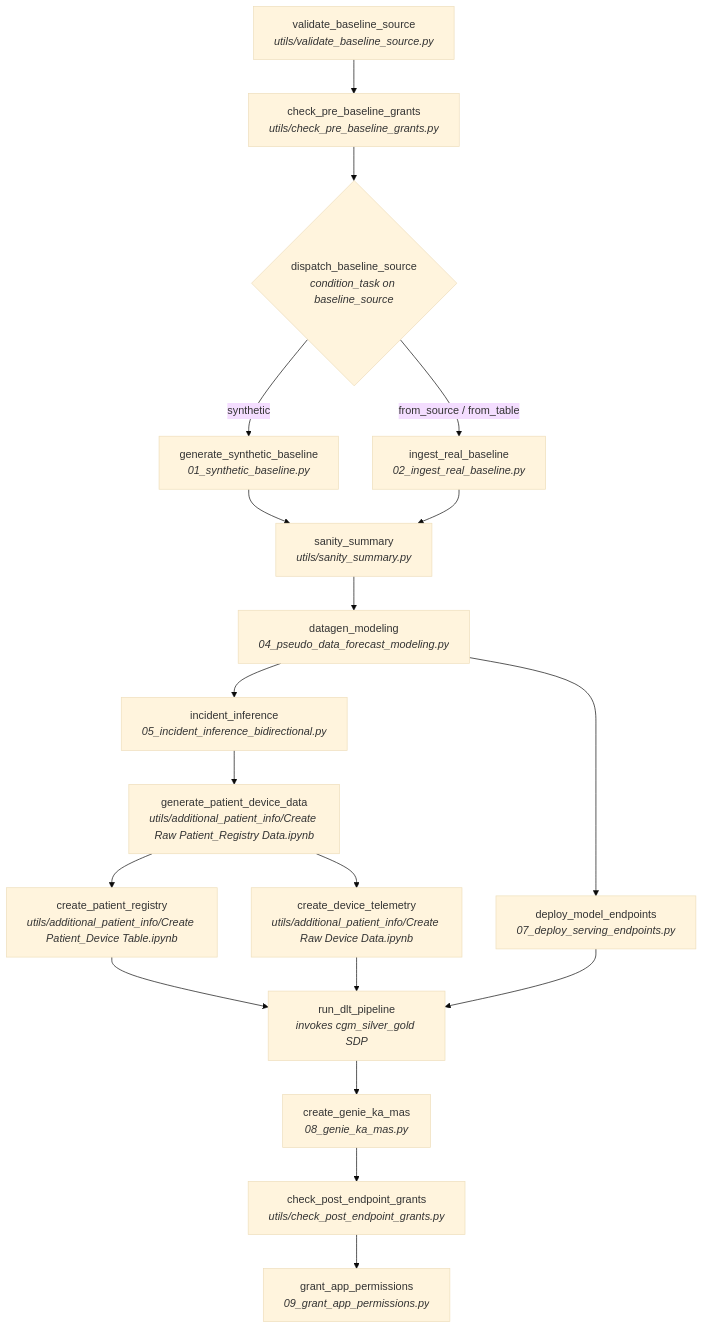
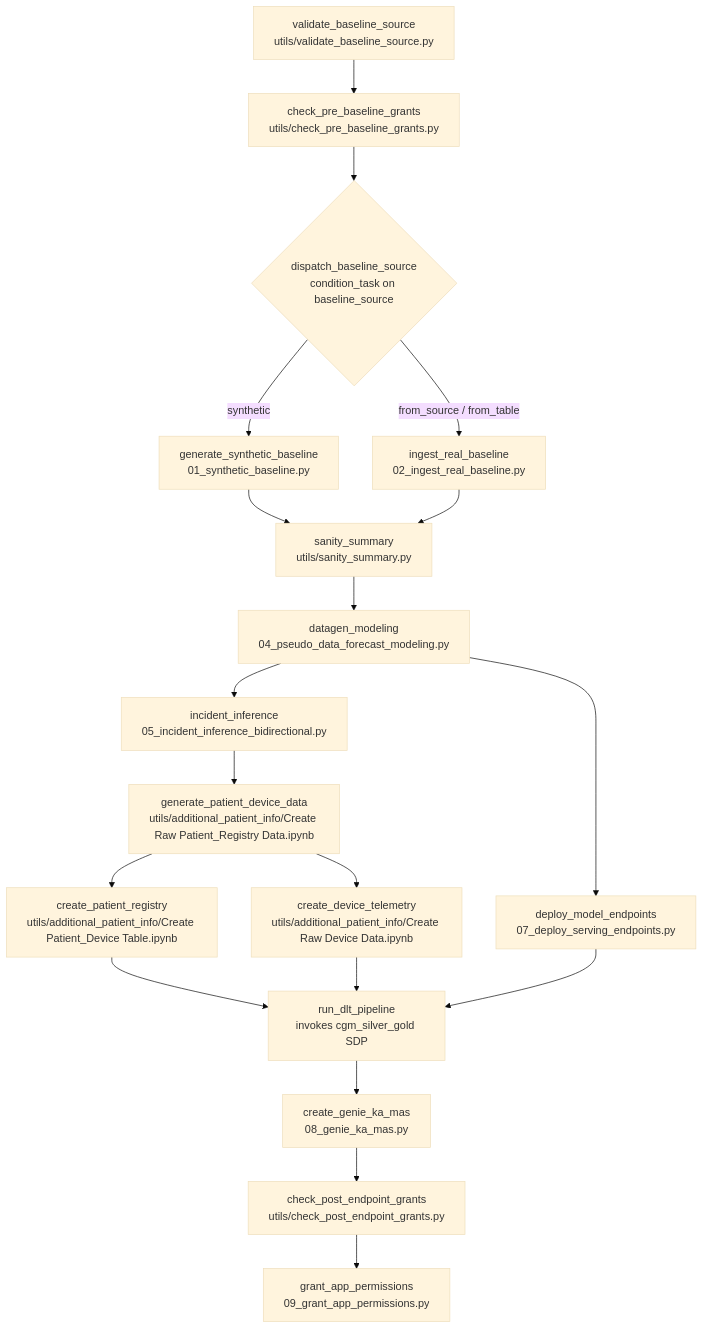
The diagram in REPO_LAYOUT.md (databricks-industry-solutions/glucosphere), drawn with Mermaid (base theme) before and after one commit.

Commit message:
fix(REPO_LAYOUT): strip <i> italic tags from Mermaid DAG node labels
The committed Mermaid block used `<br/><i>filepath</i>` to give file paths
italic styling beneath each task name. GitHub's native Mermaid renderer
processes the italics, but external renderers (mermaid.live, mermaid-cli,
local IDE extensions that the user fell back to because Cursor's
markdown-mermaid extension wasn't loading) treat `<i>` and `</i>` as
literal text — surfacing them as visible markup that crowds each node and
makes the diagram hard to read.

Fix: keep `<br/>` (renders consistently across all Mermaid renderers) for
line breaks; drop `<i>...</i>` italic tags. Node labels are now plain
two-line `task_name` + `file_path`. Renders cleanly in every renderer.

Confirmed by inspecting the user-generated v0 PNG: file paths landed on
the second line (so `<br/>` worked) but `<i>` and `</i>` appeared as
visible characters inside every node.

No PNG committed yet — user can regenerate after this fix lands if they
want a static fallback alongside the Mermaid source.

````diff
--- a/REPO_LAYOUT.md
+++ b/REPO_LAYOUT.md
@@ -102,35 +102,35 @@
 ```mermaid
 flowchart TD
-    A[validate_baseline_source<br/><i>utils/validate_baseline_source.py</i>]
-    B[check_pre_baseline_grants<br/><i>utils/check_pre_baseline_grants.py</i>]
-    C{dispatch_baseline_source<br/><i>condition_task on baseline_source</i>}
-    D1[generate_synthetic_baseline<br/><i>01_synthetic_baseline.py</i>]
-    D2[ingest_real_baseline<br/><i>02_ingest_real_baseline.py</i>]
-    E[sanity_summary<br/><i>utils/sanity_summary.py</i>]
-    F[datagen_modeling<br/><i>04_pseudo_data_forecast_modeling.py</i>]
-    G1[incident_inference<br/><i>05_incident_inference_bidirectional.py</i>]
-    G2[deploy_model_endpoints<br/><i>07_deploy_serving_endpoints.py</i>]
-    H[generate_patient_device_data<br/><i>utils/additional_patient_info/Create Raw Patient_Registry Data.ipynb</i>]
-    I1[create_patient_registry<br/><i>utils/additional_patient_info/Create Patient_Device Table.ipynb</i>]
-    I2[create_device_telemetry<br/><i>utils/additional_patient_info/Create Raw Device Data.ipynb</i>]
-    J[run_dlt_pipeline<br/><i>invokes cgm_silver_gold SDP</i>]
-    K[create_genie_ka_mas<br/><i>08_genie_ka_mas.py</i>]
-    L[check_post_endpoint_grants<br/><i>utils/check_post_endpoint_grants.py</i>]
-    M[grant_app_permissions<br/><i>09_grant_app_permissions.py</i>]
+    A[validate_baseline_source<br/>utils/validate_baseline_source.py]
+    B[check_pre_baseline_grants<br/>utils/check_pre_baseline_grants.py]
+    C{dispatch_baseline_source<br/>condition_task on baseline_source}
+    D1[generate_synthetic_baseline<br/>01_synthetic_baseline.py]
+    D2[ingest_real_baseline<br/>02_ingest_real_baseline.py]
+    E[sanity_summary<br/>utils/sanity_summary.py]
+    F[datagen_modeling<br/>04_pseudo_data_forecast_modeling.py]
+    G1[incident_inference<br/>05_incident_inference_bidirectional.py]
+    G2[deploy_model_endpoints<br/>07_deploy_serving_endpoints.py]
+    H[generate_patient_device_data<br/>utils/additional_patient_info/Create Raw Patient_Registry Data.ipynb]
+    I1[create_patient_registry<br/>utils/additional_patient_info/Create Patient_Device Table.ipynb]
+    I2[create_device_telemetry<br/>utils/additional_patient_info/Create Raw Device Data.ipynb]
+    J[run_dlt_pipeline<br/>invokes cgm_silver_gold SDP]
+    K[create_genie_ka_mas<br/>08_genie_ka_mas.py]
+    L[check_post_endpoint_grants<br/>utils/check_post_endpoint_grants.py]
+    M[grant_app_permissions<br/>09_grant_app_permissions.py]
 
     A --> B --> C
     C -- "synthetic" --> D1
     C -- "from_source / from_table" --> D2
     D1 --> E
     D2 --> E
     E --> F
     F --> G1
     F --> G2
     G1 --> H
     H --> I1
     H --> I2
     I1 --> J
     I2 --> J
     G2 --> J
     J --> K --> L --> M
 ```
````
